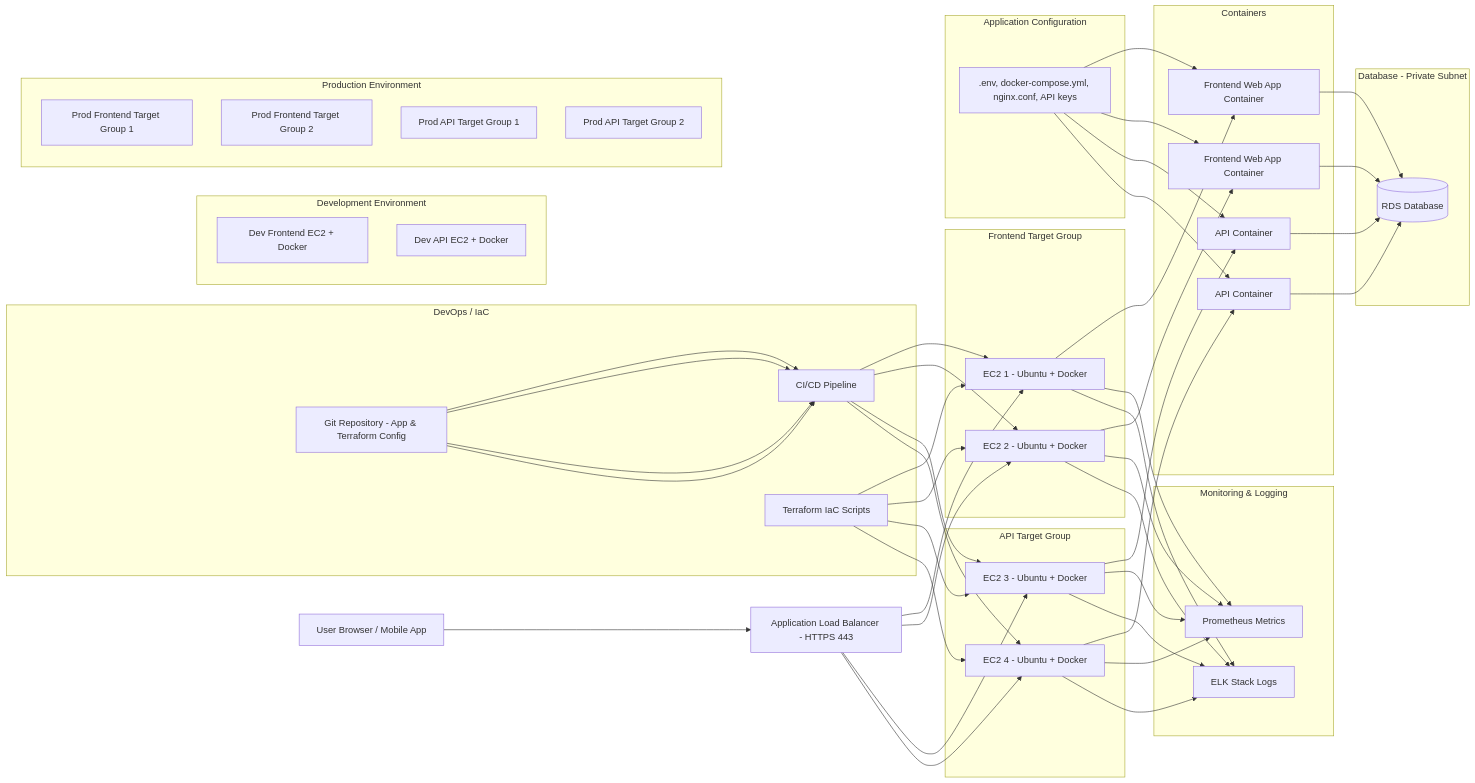
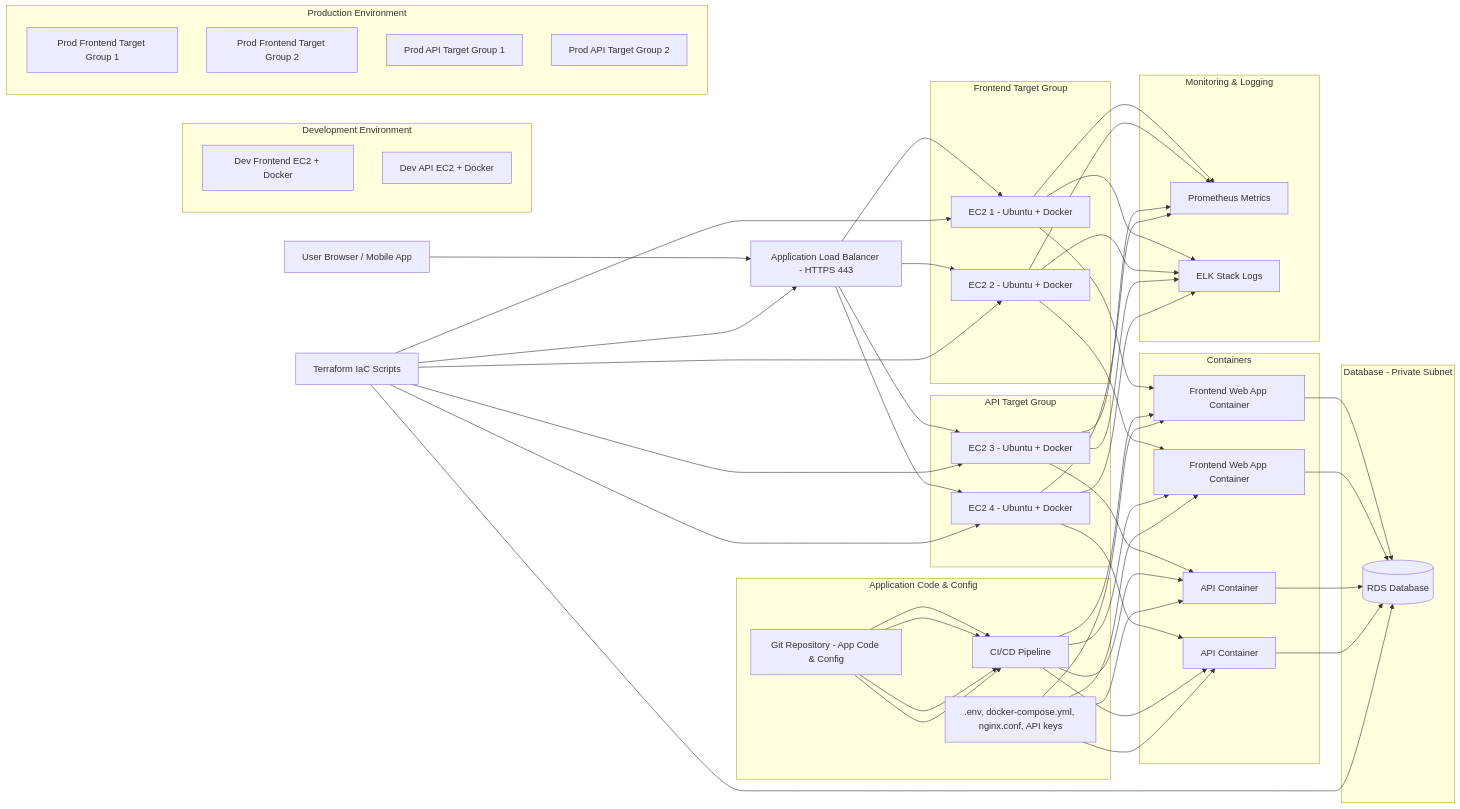
One commit to uploadtigris/project_CloudChef changed the diagram in README.md. Above: the diagram before and after it, drawn with Mermaid. The commit also changed other lines of this file, not shown here.

```diff
--- a/README.md
+++ b/README.md
@@ -172,27 +82,26 @@
     API1 --> RDS
     API2 --> RDS
 
-    %% DevOps / IaC
-    subgraph "DevOps / IaC"
-        Git[Git Repository - App & Terraform Config]
-        Pipeline[CI/CD Pipeline]
-        Terraform["Terraform IaC Scripts"]
-    end
-
-    Git --> Pipeline --> FTG1
-    Git --> Pipeline --> FTG2
-    Git --> Pipeline --> APITG1
-    Git --> Pipeline --> APITG2
+    %% Terraform Node (No grey box)
+    Terraform["Terraform IaC Scripts"]
     Terraform --> FTG1
     Terraform --> FTG2
     Terraform --> APITG1
     Terraform --> APITG2
+    Terraform --> ALB
+    Terraform --> RDS
 
-    %% Application Configuration
-    subgraph "Application Configuration"
+    %% Application Code / Config
+    subgraph "Application Code & Config"
+        Git[Git Repository - App Code & Config]
+        Pipeline[CI/CD Pipeline]
         AppConfig[".env, docker-compose.yml, nginx.conf, API keys"]
     end
 
+    Git --> Pipeline --> Web1
+    Git --> Pipeline --> Web2
+    Git --> Pipeline --> API1
+    Git --> Pipeline --> API2
     AppConfig --> Web1
     AppConfig --> Web2
     AppConfig --> API1
```
